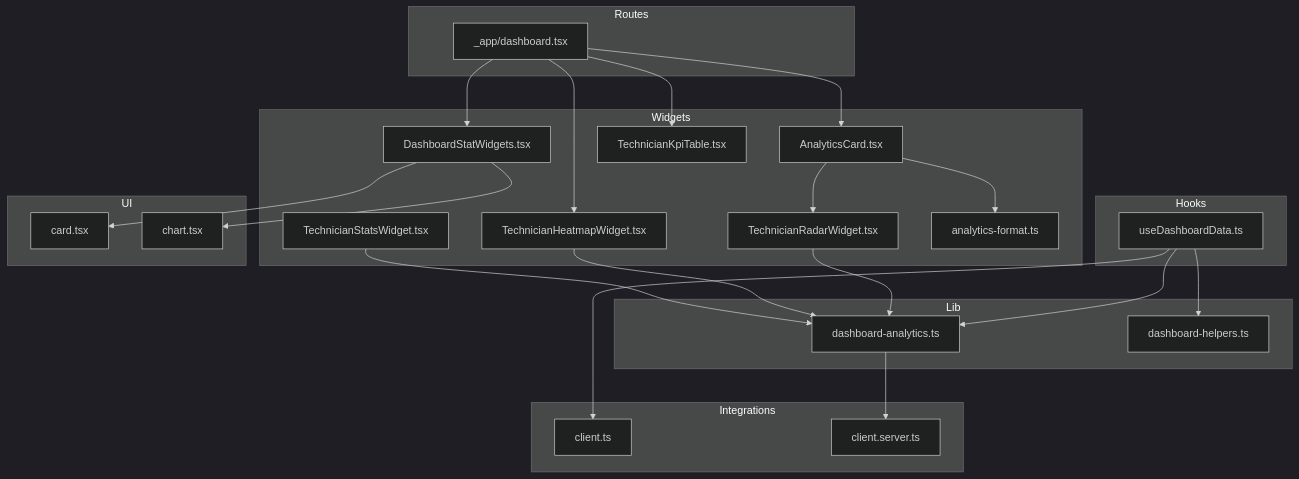
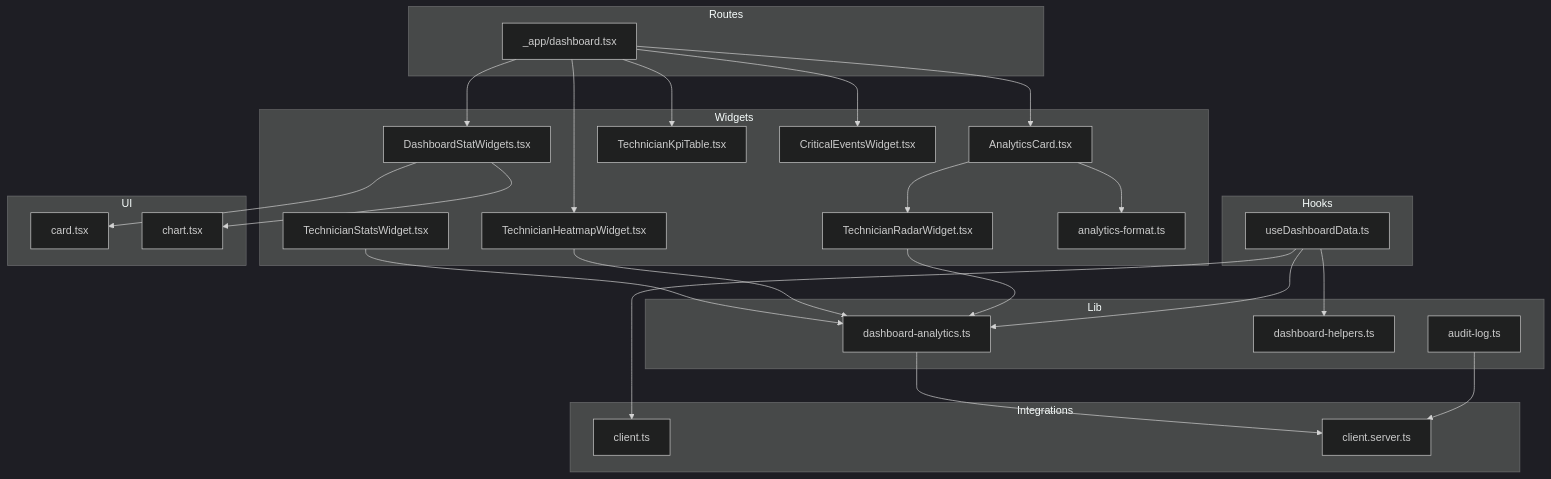
Before and after one commit to gastaldellomarco/pcReady: the first of 9 diagrams in .qoder/repowiki/en/content/Analytics and Reporting/Dashboard Widgets and Analytics Cards.md, drawn with Mermaid (dark theme). The commit also changed other lines of this file and 4 other files, not shown here.

````diff
--- a/.qoder/repowiki/en/content/Analytics and Reporting/Dashboard Widgets and Analytics Cards.md
+++ b/.qoder/repowiki/en/content/Analytics and Reporting/Dashboard Widgets and Analytics Cards.md
@@ -47,45 +56,49 @@
 ```mermaid
 graph TB
 subgraph "Routes"
 R["_app/dashboard.tsx"]
 end
 subgraph "Widgets"
 AC["AnalyticsCard.tsx"]
 DSW["DashboardStatWidgets.tsx"]
 TSW["TechnicianStatsWidget.tsx"]
 THW["TechnicianHeatmapWidget.tsx"]
 TRW["TechnicianRadarWidget.tsx"]
 TKPIT["TechnicianKpiTable.tsx"]
+CEW["CriticalEventsWidget.tsx"]
 AF["analytics-format.ts"]
 end
 subgraph "Hooks"
 UDD["useDashboardData.ts"]
 end
 subgraph "Lib"
 DA["dashboard-analytics.ts"]
 DH["dashboard-helpers.ts"]
+AL["audit-log.ts"]
 end
 subgraph "UI"
 CARD["card.tsx"]
 CHART["chart.tsx"]
 end
 subgraph "Integrations"
 S["client.ts"]
 SA["client.server.ts"]
 end
 R --> AC
 R --> DSW
 R --> THW
 R --> TKPIT
+R --> CEW
 AC --> TRW
 AC --> AF
 DSW --> CARD
 DSW --> CHART
 TSW --> DA
 THW --> DA
 TRW --> DA
 UDD --> DA
 UDD --> DH
 UDD --> S
 DA --> SA
+AL --> SA
 ```
````
